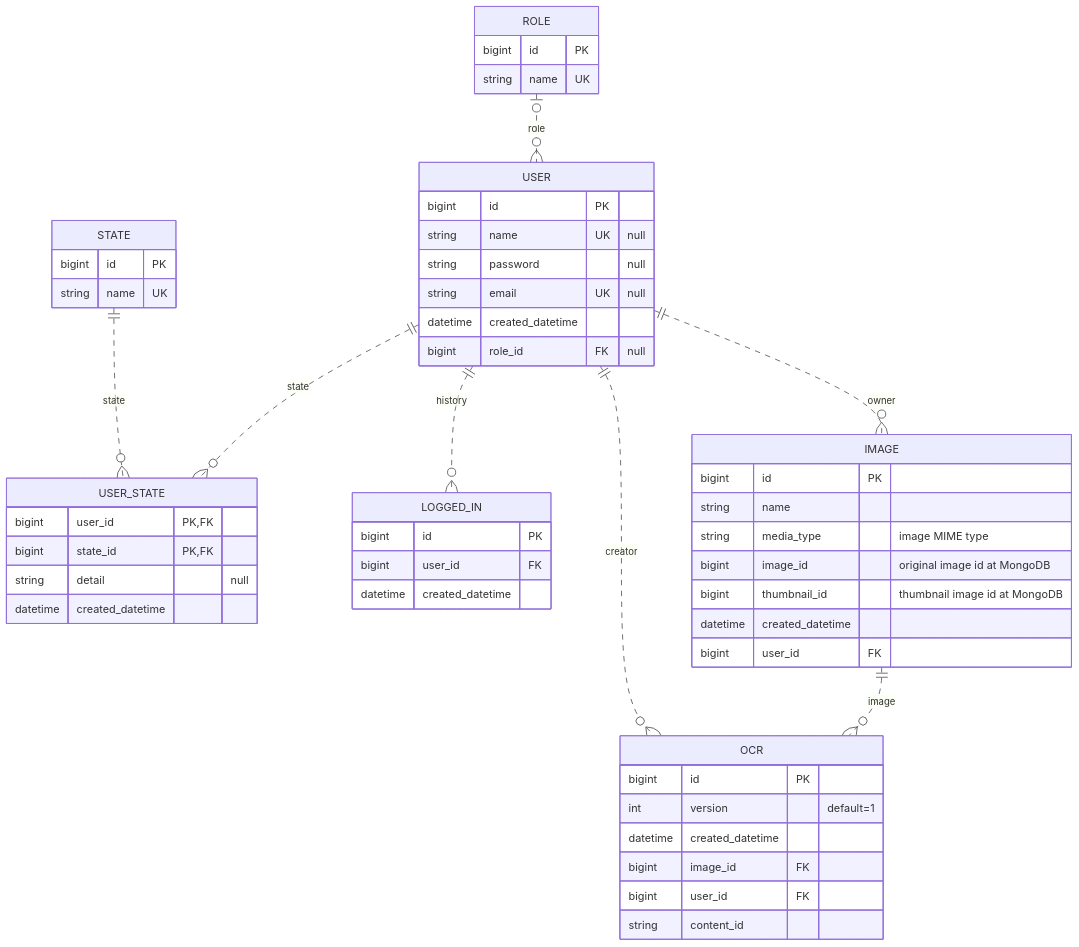
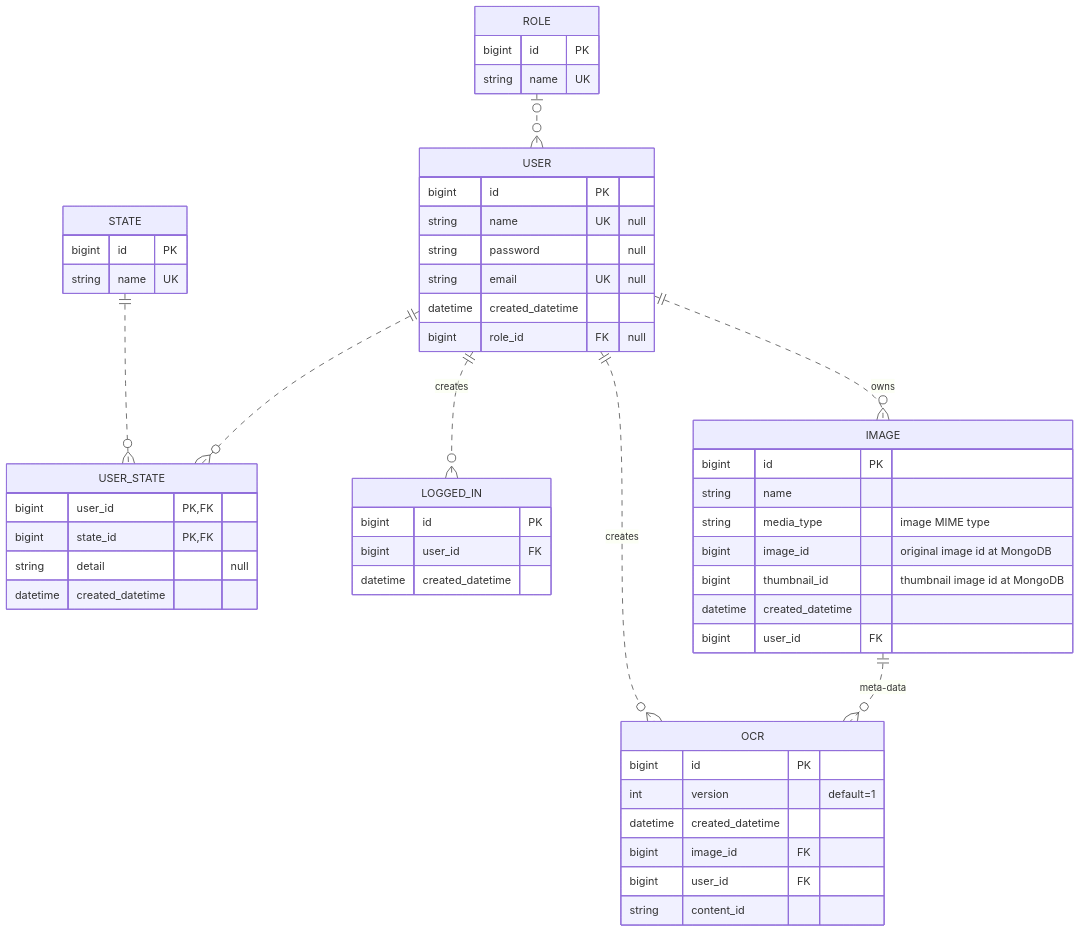
Before and after one commit to djccnt15/djccnt15.github.io: the first of 3 diagrams in docs/portfolio/vision.md, drawn with Mermaid. The commit also changed 1 other file, not shown here.

Commit message:
minor updates of ERD in portfolios

````diff
--- a/docs/portfolio/vision.md
+++ b/docs/portfolio/vision.md
@@ -88,60 +88,60 @@
 ```mermaid
 erDiagram
     ROLE {
         bigint id   PK
         string name UK
     }
 
     STATE {
         bigint id PK
         string name UK
     }
 
-    ROLE |o..o{ USER : role
+    ROLE |o..o{ USER : ""
     USER {
         bigint      id                  PK
         string      name                UK  "null"
         string      password                "null"
         string      email               UK  "null"
         datetime    created_datetime
         bigint      role_id             FK  "null"
     }
 
-    STATE ||..o{ USER_STATE : state
-    USER ||..o{ USER_STATE : state
+    STATE ||..o{ USER_STATE : ""
+    USER ||..o{ USER_STATE : ""
     USER_STATE {
         bigint      user_id             PK, FK
         bigint      state_id            PK, FK
         string      detail                      "null"
         datetime    created_datetime
     }
 
-    USER ||..o{ LOGGED_IN : history
+    USER ||..o{ LOGGED_IN : creates
     LOGGED_IN {
         bigint      id                  PK
         bigint      user_id             FK
         datetime    created_datetime
     }
 
-    USER ||..O{ IMAGE : owner
+    USER ||..O{ IMAGE : owns
     IMAGE {
         bigint      id                  PK
         string      name
         string      media_type              "image MIME type"
         bigint      image_id                "original image id at MongoDB"
         bigint      thumbnail_id            "thumbnail image id at MongoDB"
         datetime    created_datetime
         bigint      user_id             FK
     }
 
-    USER ||..O{ OCR : creator
-    IMAGE ||..o{ OCR : image
+    USER ||..O{ OCR : creates
+    IMAGE ||..o{ OCR : meta-data
     OCR {
         bigint      id                  PK
         int         version                 "default=1"
         datetime    created_datetime
         bigint      image_id            FK
         bigint      user_id             FK
         string      content_id
     }
 ```
````
